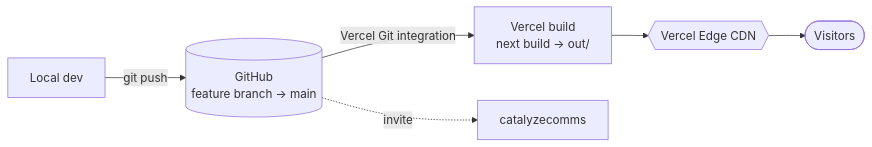
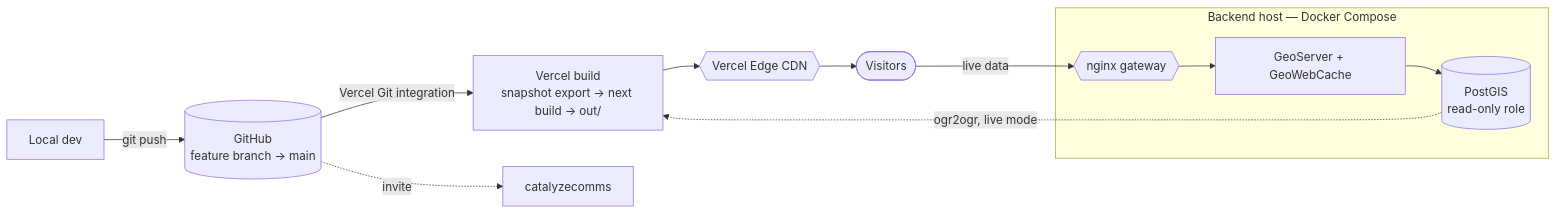
The ninth of 11 diagrams in docs/architecture.md (mahardisetyoso/jkt-webgis-catalyze), drawn with Mermaid before and after one commit. The commit also changed other lines of this file and 5 other files, not shown here.

First line of the commit message:
docs: static frontend over a live PostGIS/GeoServer backend

````diff
--- a/docs/architecture.md
+++ b/docs/architecture.md
@@ -295,8 +336,16 @@
 ```mermaid
 flowchart LR
     dev[Local dev] -->|git push| gh[(GitHub<br/>feature branch → main)]
-    gh -->|Vercel Git integration| build[Vercel build<br/>next build → out/]
+    gh -->|Vercel Git integration| build[Vercel build<br/>snapshot export → next build → out/]
+    pg[(PostGIS<br/>read-only role)] -.->|ogr2ogr, live mode| build
     build --> edge{{Vercel Edge CDN}}
     edge --> user([Visitors])
     gh -.->|invite| cat[catalyzecomms]
+
+    subgraph backend[Backend host — Docker Compose]
+        pg
+        gs[GeoServer + GeoWebCache]
+        gw{{nginx gateway}}
+    end
+    user -->|live data| gw --> gs --> pg
 ```
````
